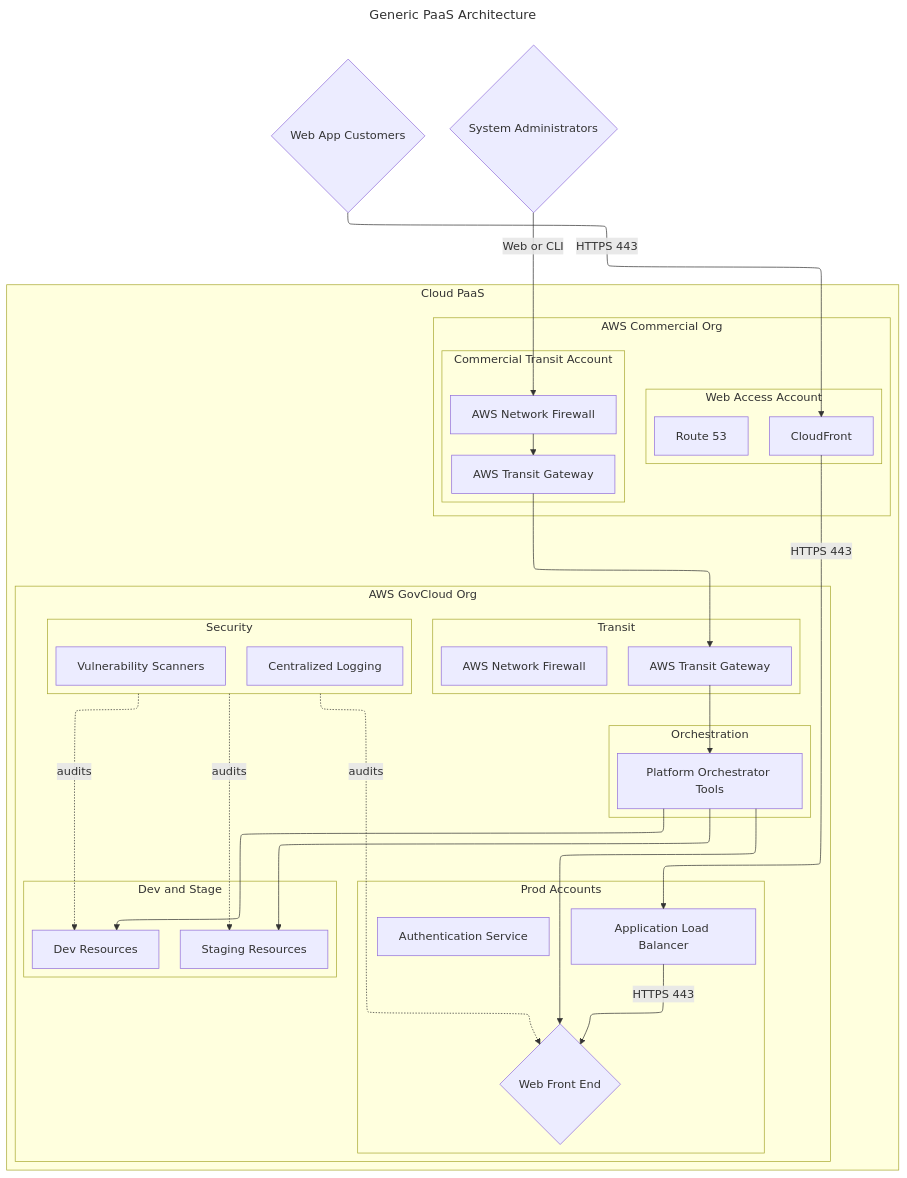
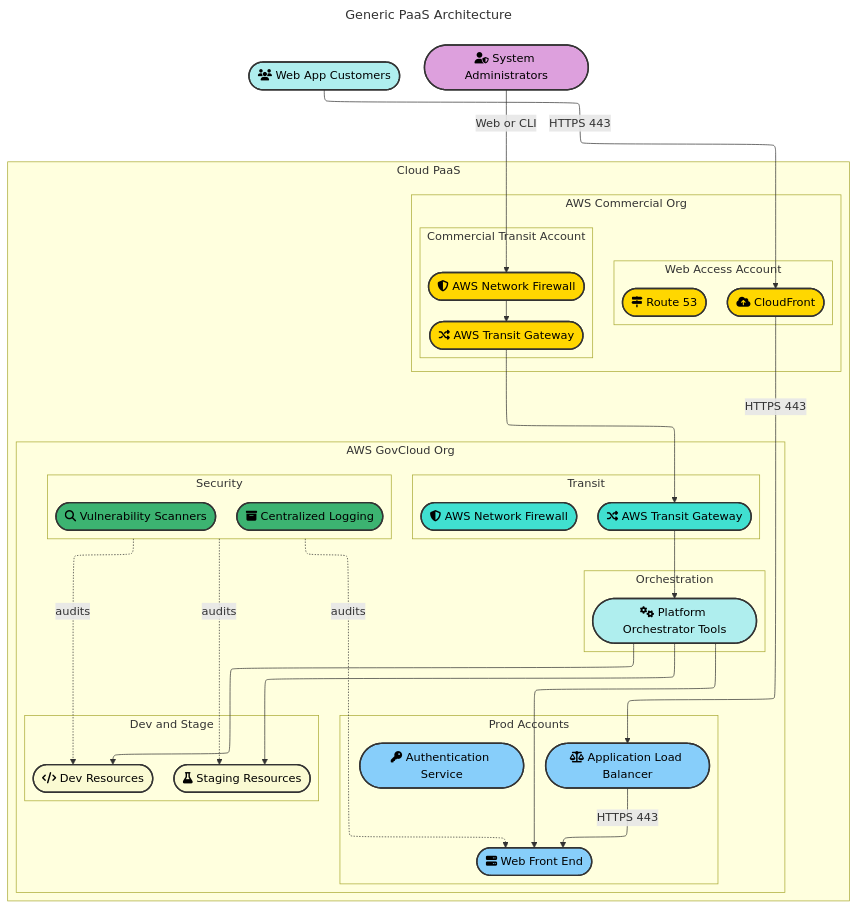
One commit to MyNameIsMissing/example-projects changed the diagram in mermaid_diagrams/generic-paas.mmd. Above: the diagram before and after it, drawn with Mermaid. The commit also changed 1 other file, not shown here.

```diff
--- a/mermaid_diagrams/generic-paas.mmd
+++ b/mermaid_diagrams/generic-paas.mmd
@@ -1,57 +1,112 @@
 ---
 title: Generic PaaS Architecture
 theme: base
 config:
   layout: elk
   elk:
     mergeEdges: true
 ---
 
 flowchart TB
 
 %%External entities or services
-customer{Web App Customers}
-admin{System Administrators}
+customer(["fa:fa-users Web App Customers"])
+admin(["fa:fa-user-shield System Administrators"])
 
 %%Accreditation boundary
-subgraph Cloud PaaS
-  subgraph AWS Commercial Org
-    subgraph Web Access Account
-      route53[Route 53]
-      cloudfront[CloudFront]
+subgraph sg_cloud_paas ["Cloud PaaS"]
+  classDef cloudPaaS fill:#F5F5F5,stroke:#333333,stroke-width:4px,color:#000000
+  class sg_cloud_paas cloudPaaS
+
+  subgraph sg_aws_comm_org ["AWS Commercial Org"]
+    classDef commercialOrg fill:#FFFACD,stroke:#555555,stroke-width:3px,color:#333333
+    class sg_aws_comm_org commercialOrg
+
+    subgraph sg_web_access ["Web Access Account"]
+      classDef webAccessAcc fill:#FFDEAD,stroke:#777777,stroke-width:2px,color:#333333
+      class sg_web_access webAccessAcc
+      route53(["fa:fa-map-signs Route 53"])
+      cloudfront(["fa:fa-cloud-upload-alt CloudFront"])
     end
-    subgraph Commercial Transit Account
-      awsnetfirewall[AWS Network Firewall]
-      awsXit[AWS Transit Gateway]
+    subgraph sg_comm_transit ["Commercial Transit Account"]
+      classDef commTransitAcc fill:#FFDEAD,stroke:#777777,stroke-width:2px,color:#333333
+      class sg_comm_transit commTransitAcc
+      awsnetfirewall(["fa:fa-shield-alt AWS Network Firewall"])
+      awsXit(["fa:fa-random AWS Transit Gateway"])
     end
   end
-  subgraph AWS GovCloud Org
-    subgraph Prod Accounts
-      ALB[Application Load Balancer]
-      appContainer{Web Front End}
-      auth[Authentication Service]
+  subgraph sg_aws_gov ["AWS GovCloud Org"]
+    classDef govCloudOrg fill:#ADD8E6,stroke:#555555,stroke-width:3px,color:#333333
+    class sg_aws_gov govCloudOrg
+
+    subgraph sg_prod_acc ["Prod Accounts"]
+      classDef prodAcc fill:#B0E0E6,stroke:#777777,stroke-width:2px,color:#333333
+      class sg_prod_acc prodAcc
+      ALB(["fa:fa-balance-scale Application Load Balancer"])
+      appContainer(["fa:fa-server Web Front End"])
+      auth(["fa:fa-key Authentication Service"])
     end
-    subgraph Security
-      vulnScanner[Vulnerability Scanners]
-      logging[Centralized Logging]
+    subgraph sg_security ["Security"]
+      classDef secAcc fill:#90EE90,stroke:#777777,stroke-width:2px,color:#333333
+      class sg_security secAcc
+      vulnScanner(["fa:fa-search Vulnerability Scanners"])
+      logging(["fa:fa-archive Centralized Logging"])
     end
-    subgraph Transit
-      awsXitG[AWS Transit Gateway]
-      awsnetfirewallG[AWS Network Firewall]
+    subgraph sg_transit_gov ["Transit"]
+      classDef transitAcc fill:#B0E0E6,stroke:#777777,stroke-width:2px,color:#333333
+      class sg_transit_gov transitAcc
+      awsXitG(["fa:fa-random AWS Transit Gateway"])
+      awsnetfirewallG(["fa:fa-shield-alt AWS Network Firewall"])
     end
-    subgraph Orchestration
-      orchestrator[Platform Orchestrator Tools]
+    subgraph sg_orchestration ["Orchestration"]
+      classDef orchAcc fill:#E0FFFF,stroke:#777777,stroke-width:2px,color:#333333
+      class sg_orchestration orchAcc
+      orchestrator(["fa:fa-cogs Platform Orchestrator Tools"])
     end
-    subgraph Dev and Stage
-      devResources[Dev Resources]
-      stageResources[Staging Resources]
+    subgraph sg_dev_stage ["Dev and Stage"]
+      classDef devStageAcc fill:#F0E68C,stroke:#777777,stroke-width:2px,color:#333333
+      class sg_dev_stage devStageAcc
+      devResources(["fa:fa-code Dev Resources"])
+      stageResources(["fa:fa-flask Staging Resources"])
     end
   end
 end
 
+%% Styles for Nodes
+style customer fill:#AFEEEE,stroke:#333333,stroke-width:2px,color:#000000
+style admin fill:#DDA0DD,stroke:#333333,stroke-width:2px,color:#000000
+
+style route53 fill:#FFD700,stroke:#333333,stroke-width:2px,color:#000000
+style cloudfront fill:#FFD700,stroke:#333333,stroke-width:2px,color:#000000
+style awsnetfirewall fill:#FFD700,stroke:#333333,stroke-width:2px,color:#000000
+style awsXit fill:#FFD700,stroke:#333333,stroke-width:2px,color:#000000
+
+style ALB fill:#87CEFA,stroke:#333333,stroke-width:2px,color:#000000
+style appContainer fill:#87CEFA,stroke:#333333,stroke-width:2px,color:#000000
+style auth fill:#87CEFA,stroke:#333333,stroke-width:2px,color:#000000
+
+style vulnScanner fill:#3CB371,stroke:#333333,stroke-width:2px,color:#000000
+style logging fill:#3CB371,stroke:#333333,stroke-width:2px,color:#000000
+
+style awsXitG fill:#40E0D0,stroke:#333333,stroke-width:2px,color:#000000
+style awsnetfirewallG fill:#40E0D0,stroke:#333333,stroke-width:2px,color:#000000
+
+style orchestrator fill:#AFEEEE,stroke:#333333,stroke-width:2px,color:#000000
+
+style devResources fill:#FAFAD2,stroke:#333333,stroke-width:2px,color:#000000
+style stageResources fill:#FAFAD2,stroke:#333333,stroke-width:2px,color:#000000
+
 %%Connections
-customer -->|HTTPS 443| cloudfront -->|HTTPS 443| ALB -->|HTTPS 443| appContainer
-admin -->|Web or CLI| awsnetfirewall --> awsXit --> awsXitG
+customer -->|HTTPS 443| cloudfront
+cloudfront -->|HTTPS 443| ALB
+ALB -->|HTTPS 443| appContainer
+admin -->|Web or CLI| awsnetfirewall
+awsnetfirewall --> awsXit
+awsXit --> awsXitG
 awsXitG --> orchestrator
-orchestrator --> devResources & stageResources & appContainer
-Security -.audits.-> devResources & stageResources & appContainer
+orchestrator --> devResources
+orchestrator --> stageResources
+orchestrator --> appContainer
+sg_security -.audits.-> devResources
+sg_security -.audits.-> stageResources
+sg_security -.audits.-> appContainer
```
